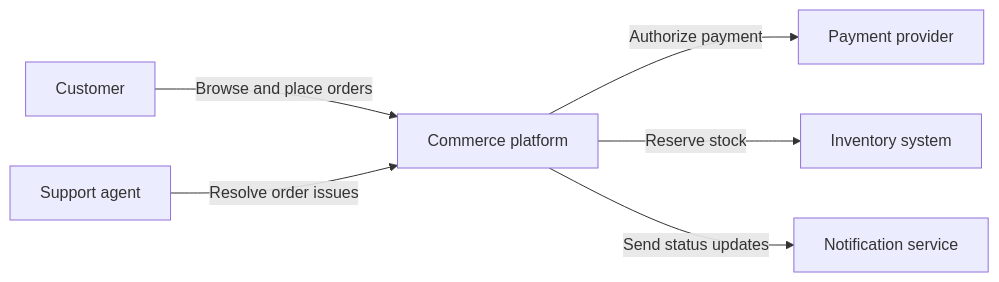
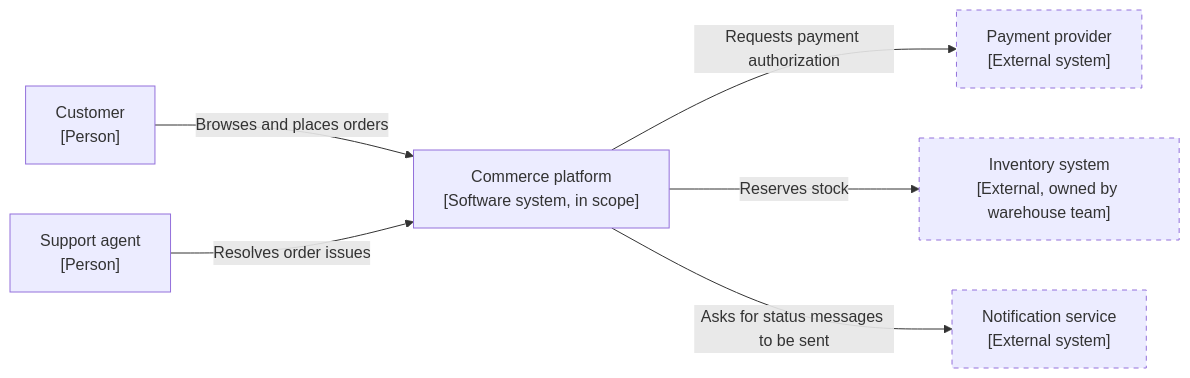
Before and after one commit to joydasss/Architect: the fifth of 12 diagrams in 21_Architecture_Documentation/CH01_C4_Model.md, drawn with Mermaid. The commit also changed other lines of this file and 22 other files, not shown here.

Commit message:
Architecture changes

````diff
--- a/21_Architecture_Documentation/CH01_C4_Model.md
+++ b/21_Architecture_Documentation/CH01_C4_Model.md
@@ -34,8 +169,11 @@
 ```mermaid
 flowchart LR
-    Customer[Customer] -->|Browse and place orders| Commerce[Commerce platform]
-    Support[Support agent] -->|Resolve order issues| Commerce
-    Commerce -->|Authorize payment| Payment[Payment provider]
-    Commerce -->|Reserve stock| Inventory[Inventory system]
-    Commerce -->|Send status updates| Messaging[Notification service]
+    Customer["Customer<br/>[Person]"] -->|"Browses and places orders"| Commerce["Commerce platform<br/>[Software system, in scope]"]
+    Support["Support agent<br/>[Person]"] -->|"Resolves order issues"| Commerce
+    Commerce -->|"Requests payment authorization"| Payment["Payment provider<br/>[External system]"]
+    Commerce -->|"Reserves stock"| Inventory["Inventory system<br/>[External, owned by warehouse team]"]
+    Commerce -->|"Asks for status messages to be sent"| Messaging["Notification service<br/>[External system]"]
+    style Payment stroke-dasharray: 5 5
+    style Inventory stroke-dasharray: 5 5
+    style Messaging stroke-dasharray: 5 5
 ```
````
